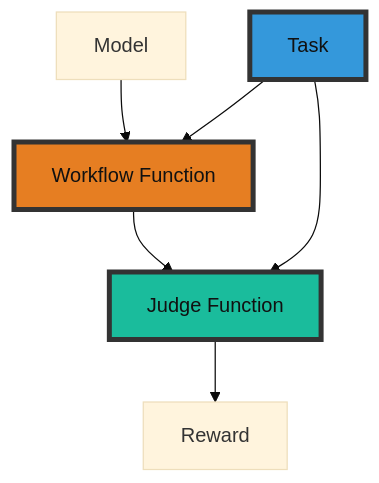
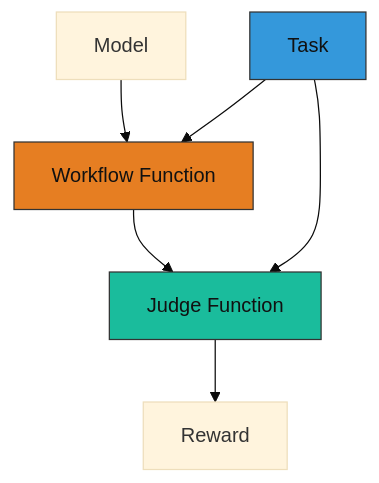
Before and after one commit to Kanaricc/agentscope: the diagram in examples/training/react_agent/README.md, drawn with Mermaid (base theme). The commit also changed other lines of this file, not shown here.

````diff
--- a/examples/training/react_agent/README.md
+++ b/examples/training/react_agent/README.md
@@ -18,15 +18,15 @@
 ```mermaid
 flowchart TD
     Model[Model] --> WorkflowFunction[Workflow Function]
     WorkflowFunction --> JudgeFunction[Judge Function]
     Task[Task] --> WorkflowFunction
     Task[Task] --> JudgeFunction
     JudgeFunction --> Reward[Reward]
 
-    classDef wfcolor fill:#e67e22,stroke:#333,stroke-width:4px,color:#111;
-    classDef judgecolor fill:#1abc9c,stroke:#333,stroke-width:4px,color:#111;
-    classDef taskcolor fill:#3498db,stroke:#333,stroke-width:4px,color:#111;
+    classDef wfcolor fill:#e67e22,stroke:#333,color:#111;
+    classDef judgecolor fill:#1abc9c,stroke:#333,color:#111;
+    classDef taskcolor fill:#3498db,stroke:#333,color:#111;
     class WorkflowFunction wfcolor;
     class JudgeFunction judgecolor;
     class Task taskcolor;
 ```
````
